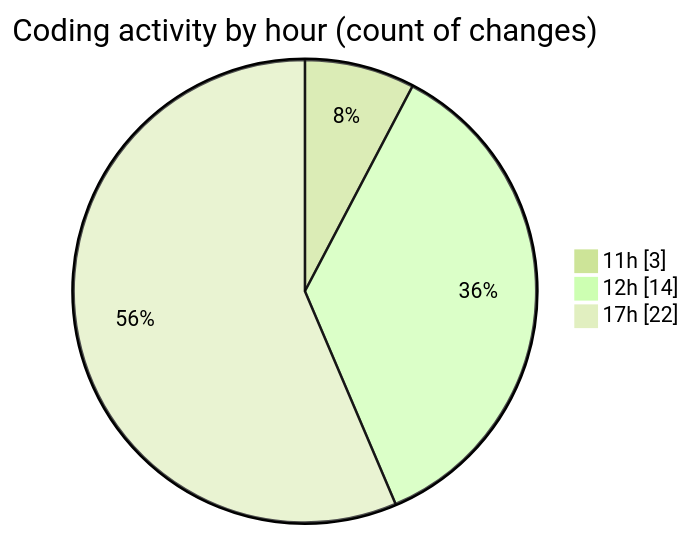
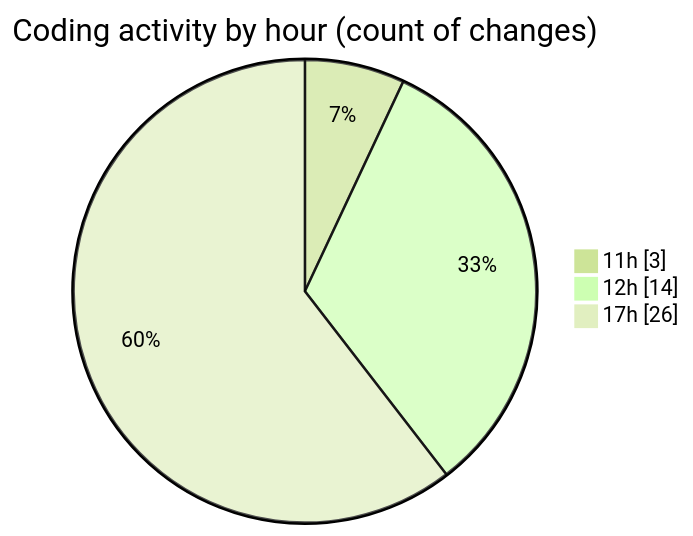
The second of 2 diagrams in 2025-05-15/news-clock-system-caspercg/README.md (momahboobian/code-tracking), drawn with Mermaid (forest theme) before and after one commit. The commit also changed other lines of this file and 1 other file, not shown here.

````diff
--- a/2025-05-15/news-clock-system-caspercg/README.md
+++ b/2025-05-15/news-clock-system-caspercg/README.md
@@ -39,7 +39,7 @@
 ```mermaid
 pie showData
 title Coding activity by hour (count of changes)
 "11h" : 3
 "12h" : 14
-"17h" : 22
+"17h" : 26
 ```
````
